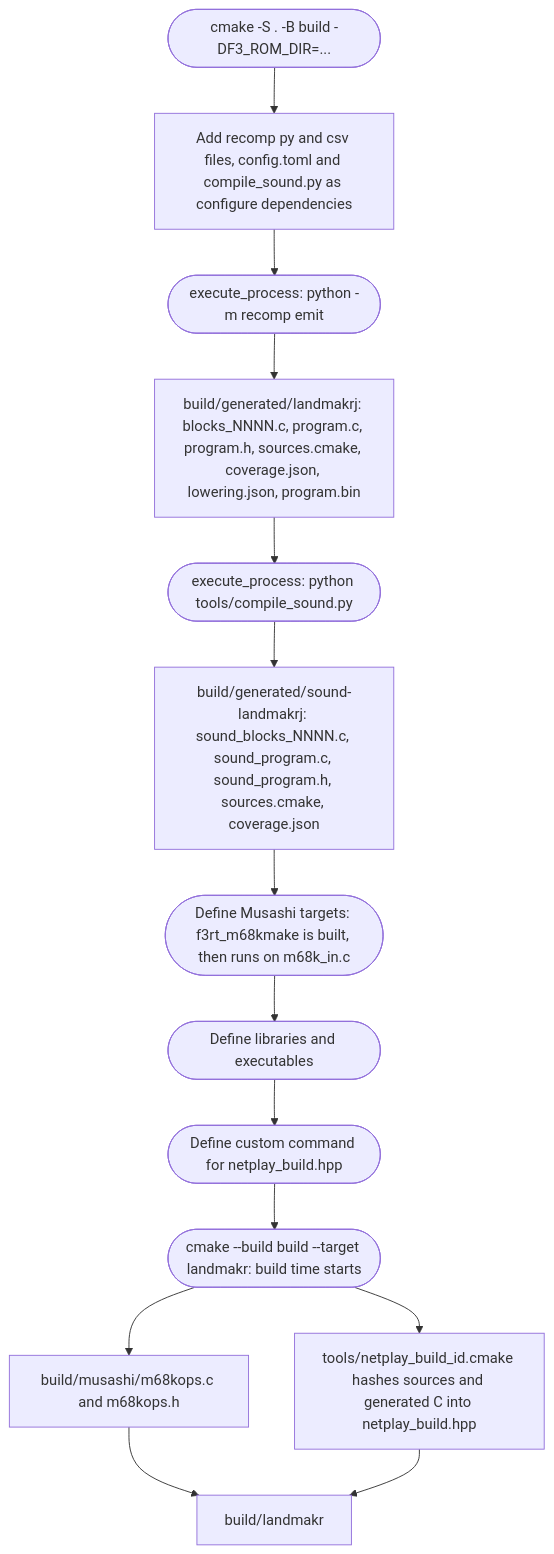
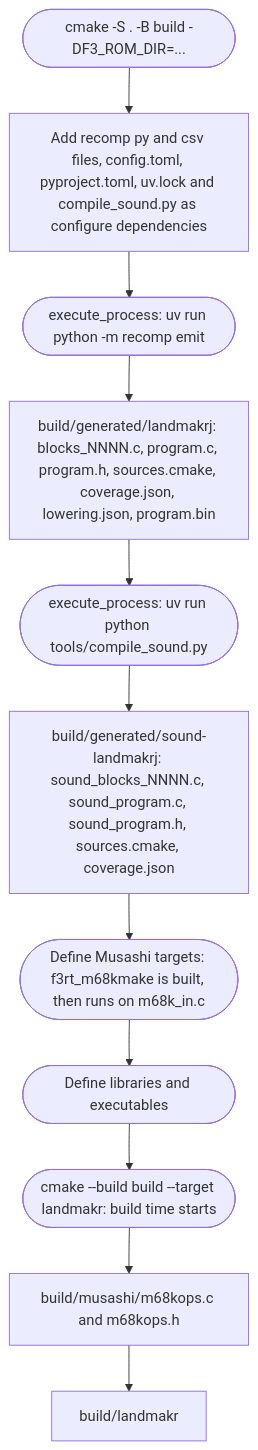
Before and after one commit to ansxor/f3-recomp: the diagram in docs/site/developer/build-pipeline.md, drawn with Mermaid. The commit also changed other lines of this file and 319 other files, not shown here.

````diff
--- a/docs/site/developer/build-pipeline.md
+++ b/docs/site/developer/build-pipeline.md
@@ -61,16 +57,13 @@
 ```mermaid
 flowchart TB
-    start(["cmake -S . -B build -DF3_ROM_DIR=..."]) --> dep["Add recomp py and csv files, config.toml and compile_sound.py as configure dependencies"]
-    dep --> emit(["execute_process: python -m recomp emit"])
+    start(["cmake -S . -B build -DF3_ROM_DIR=..."]) --> dep["Add recomp py and csv files, config.toml, pyproject.toml, uv.lock and compile_sound.py as configure dependencies"]
+    dep --> emit(["execute_process: uv run python -m recomp emit"])
     emit --> maing["build/generated/landmakrj: blocks_NNNN.c, program.c, program.h, sources.cmake, coverage.json, lowering.json, program.bin"]
-    maing --> snd(["execute_process: python tools/compile_sound.py"])
+    maing --> snd(["execute_process: uv run python tools/compile_sound.py"])
     snd --> soundg["build/generated/sound-landmakrj: sound_blocks_NNNN.c, sound_program.c, sound_program.h, sources.cmake, coverage.json"]
     soundg --> mus(["Define Musashi targets: f3rt_m68kmake is built, then runs on m68k_in.c"])
     mus --> libs(["Define libraries and executables"])
-    libs --> id(["Define custom command for netplay_build.hpp"])
-    id --> build(["cmake --build build --target landmakr: build time starts"])
+    libs --> build(["cmake --build build --target landmakr: build time starts"])
     build --> ops["build/musashi/m68kops.c and m68kops.h"]
-    build --> hash["tools/netplay_build_id.cmake hashes sources and generated C into netplay_build.hpp"]
     ops --> exe["build/landmakr"]
-    hash --> exe
 ```
````
